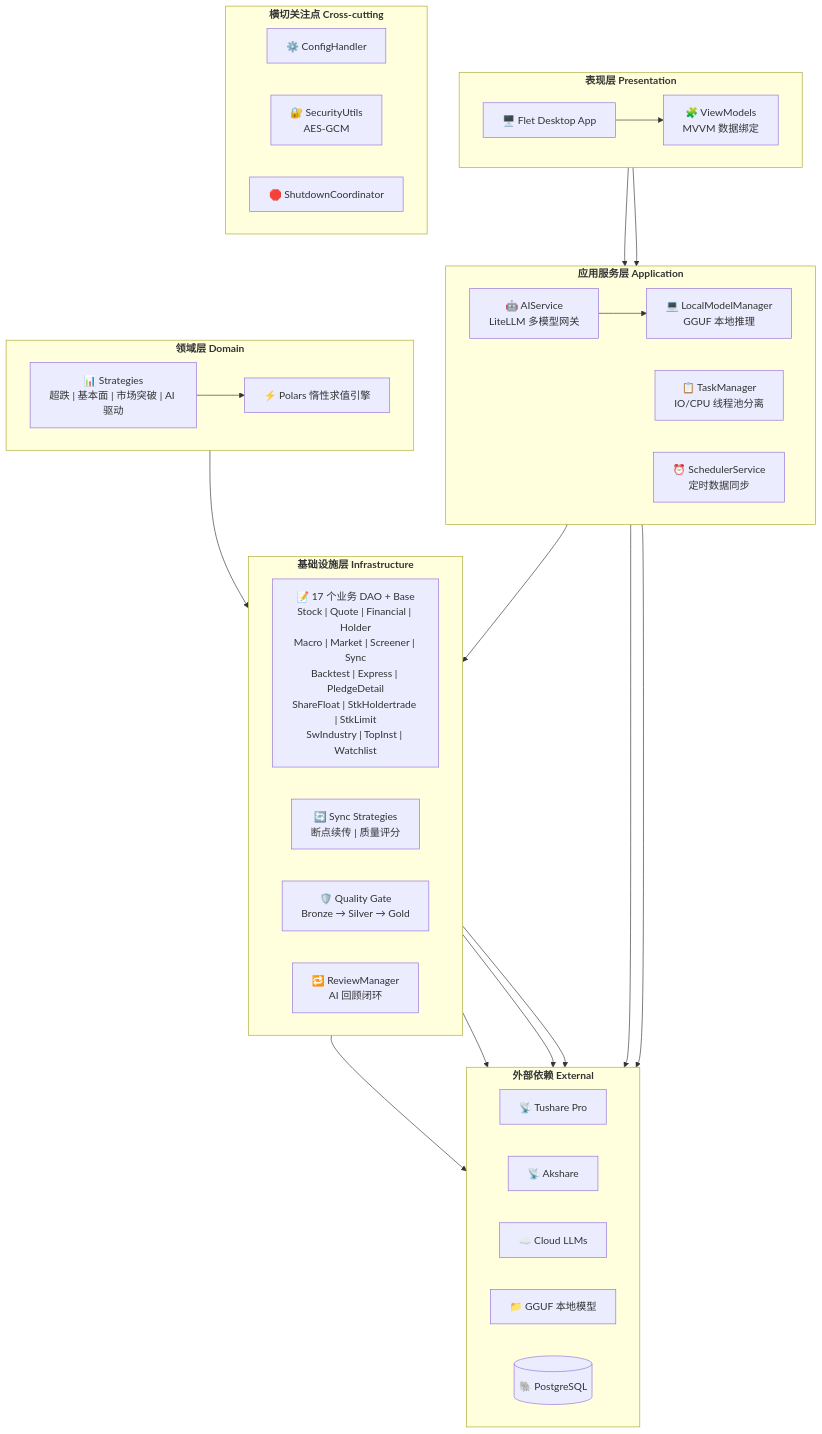
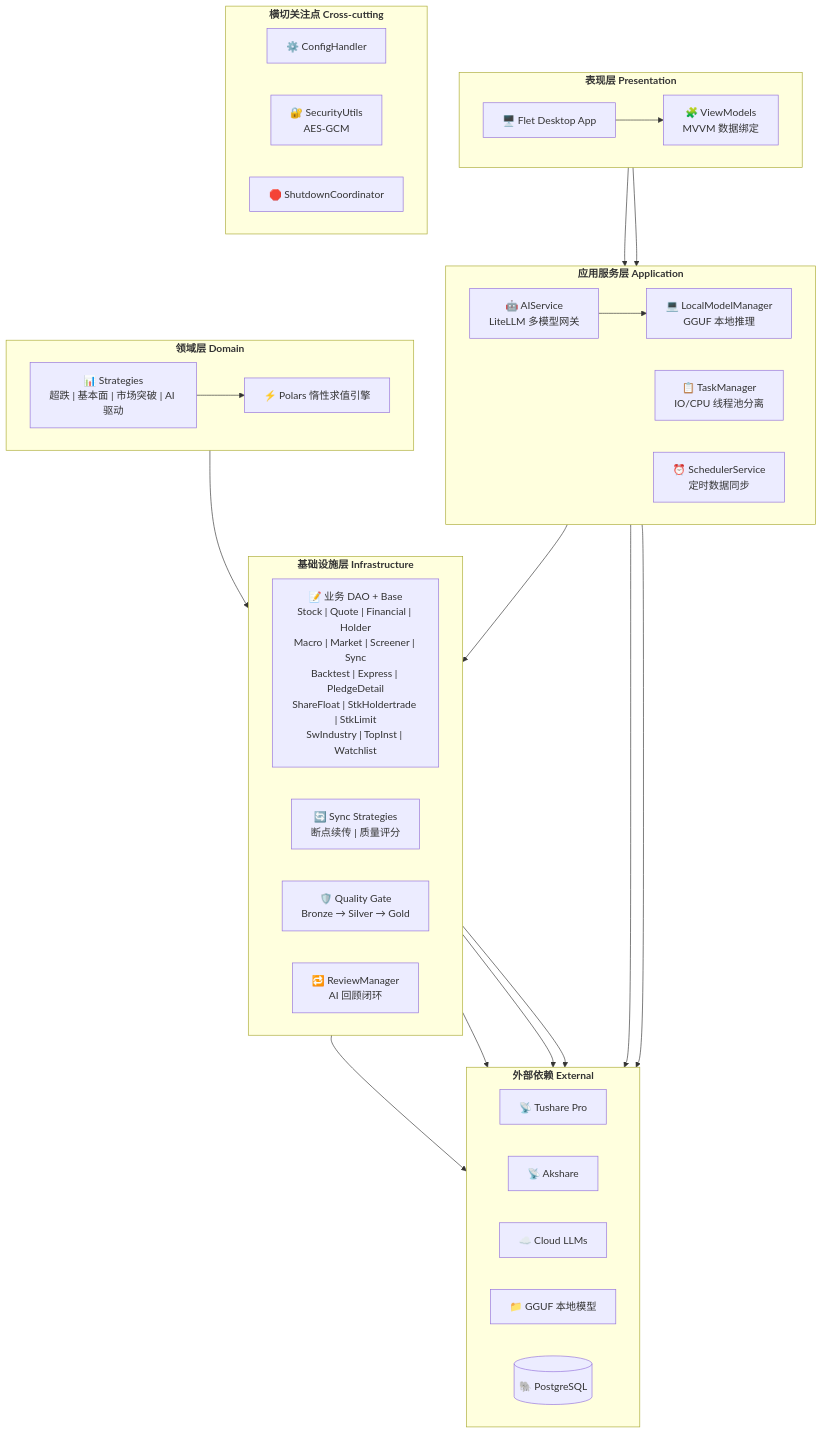
The diagram in README.md (shi00/qTrading), drawn with Mermaid before and after one commit. The commit also changed 3 other files, not shown here.

````diff
--- a/README.md
+++ b/README.md
@@ -92,59 +92,59 @@
 ```mermaid
 graph TB
     subgraph PRESENTATION["<b>表现层 Presentation</b>"]
         direction LR
         APP["🖥️ Flet Desktop App"]
         VM["🧩 ViewModels<br/>MVVM 数据绑定"]
         APP --> VM
     end
 
     subgraph APPLICATION["<b>应用服务层 Application</b>"]
         direction LR
         AI["🤖 AIService<br/>LiteLLM 多模型网关"]
         TASK["📋 TaskManager<br/>IO/CPU 线程池分离"]
         LOCAL["💻 LocalModelManager<br/>GGUF 本地推理"]
         SCHED["⏰ SchedulerService<br/>定时数据同步"]
     end
 
     subgraph DOMAIN["<b>领域层 Domain</b>"]
         direction LR
         STG["📊 Strategies<br/>超跌 | 基本面 | 市场突破 | AI 驱动"]
         POLARS["⚡ Polars 惰性求值引擎"]
         STG --> POLARS
     end
 
     subgraph INFRA["<b>基础设施层 Infrastructure</b>"]
         direction LR
-        DAOS["📝 17 个业务 DAO + Base<br/>Stock | Quote | Financial | Holder<br/>Macro | Market | Screener | Sync<br/>Backtest | Express | PledgeDetail<br/>ShareFloat | StkHoldertrade | StkLimit<br/>SwIndustry | TopInst | Watchlist"]
+        DAOS["📝 业务 DAO + Base<br/>Stock | Quote | Financial | Holder<br/>Macro | Market | Screener | Sync<br/>Backtest | Express | PledgeDetail<br/>ShareFloat | StkHoldertrade | StkLimit<br/>SwIndustry | TopInst | Watchlist"]
         SYNC["🔄 Sync Strategies<br/>断点续传 | 质量评分"]
         QUALITY["🛡️ Quality Gate<br/>Bronze → Silver → Gold"]
         REVIEW["🔁 ReviewManager<br/>AI 回顾闭环"]
     end
 
     subgraph EXTERNAL["<b>外部依赖 External</b>"]
         direction LR
         TUSHARE["📡 Tushare Pro"]
         AKSHARE["📡 Akshare"]
         CLOUD_LLM["☁️ Cloud LLMs"]
         GGUF["📁 GGUF 本地模型"]
         PG[("🐘 PostgreSQL")]
     end
 
     subgraph CROSS["<b>横切关注点 Cross-cutting</b>"]
         direction LR
         CONFIG["⚙️ ConfigHandler"]
         SECURITY["🔐 SecurityUtils<br/>AES-GCM"]
         SHUTDOWN["🛑 ShutdownCoordinator"]
     end
 
     VM --> AI
     VM --> TASK
     AI --> CLOUD_LLM
     AI --> LOCAL --> GGUF
     STG --> DAOS
     DAOS --> PG
     SYNC --> TUSHARE
     SYNC --> AKSHARE
     SCHED --> SYNC
     REVIEW --> PG
 ```
````
